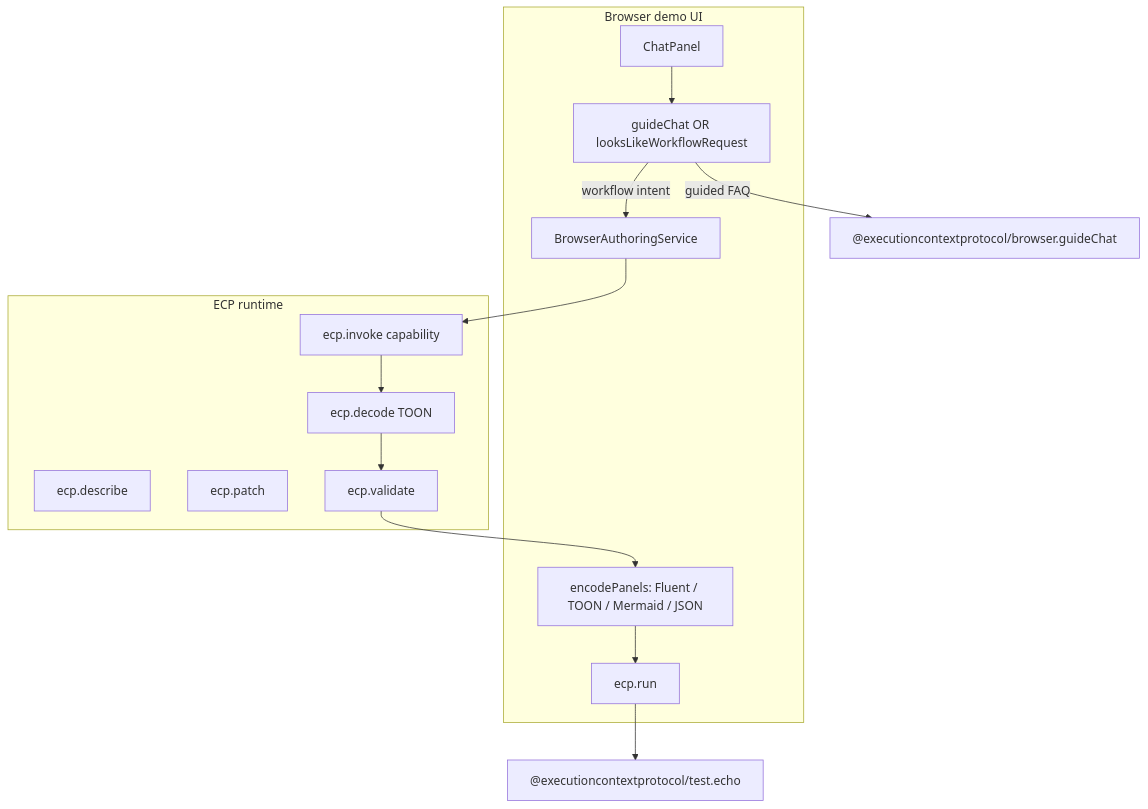
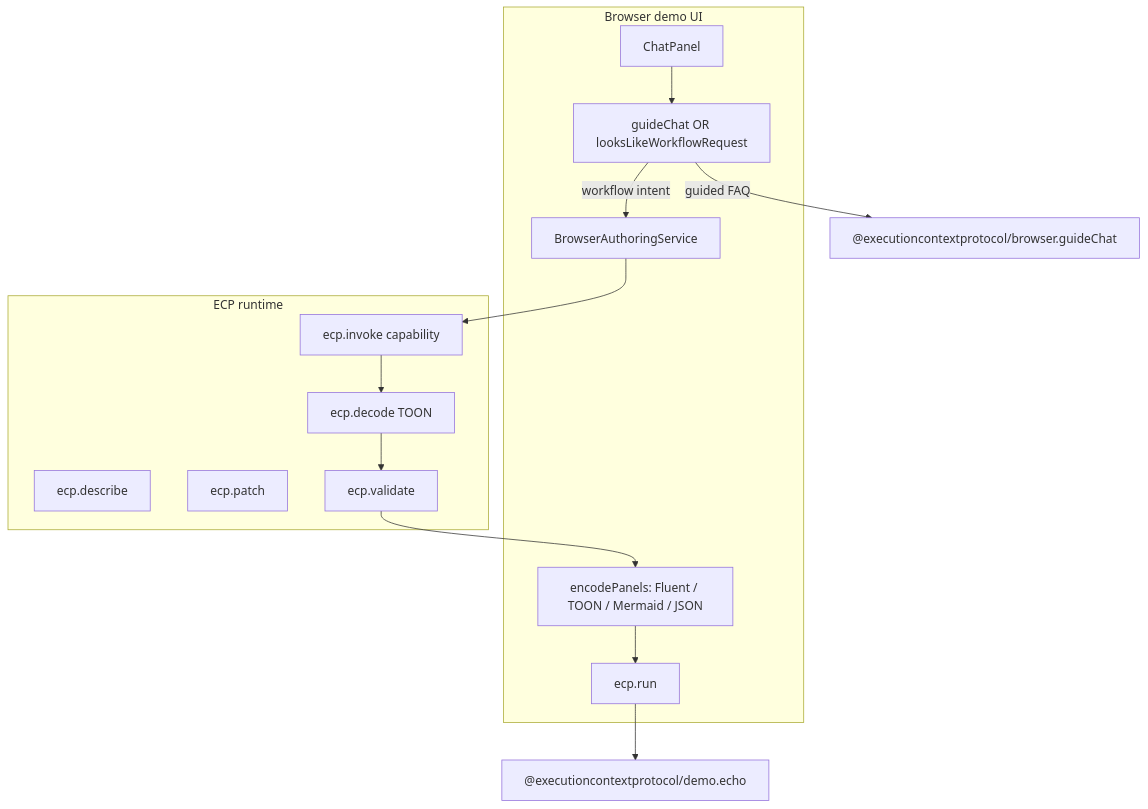
The diagram in docs/browser-demo-extensions-and-prompts.md (executioncontrolprotocol/browser-demo), drawn with Mermaid before and after one commit. The commit also changed other lines of this file and 4 other files, not shown here.

Commit message:
Update demo environment to use @executioncontextprotocol/demo instead of @executioncontextprotocol/test. Adjusted related documentation and tests to reflect the new extension binding and capabilities. This change ensures that demo-generated workflows reference the correct echo step.

````diff
--- a/docs/browser-demo-extensions-and-prompts.md
+++ b/docs/browser-demo-extensions-and-prompts.md
@@ -18,26 +18,26 @@
 ```mermaid
 flowchart TB
   subgraph ui [Browser demo UI]
     Chat[ChatPanel]
     Authoring[BrowserAuthoringService]
     Guide[guideChat OR looksLikeWorkflowRequest]
     Panels[encodePanels: Fluent / TOON / Mermaid / JSON]
     Run[ecp.run]
   end
 
   subgraph ecp [ECP runtime]
     Describe[ecp.describe]
     Invoke[ecp.invoke capability]
     Decode[ecp.decode TOON]
     Patch[ecp.patch]
     Validate[ecp.validate]
   end
 
   Chat --> Guide
   Guide -->|guided FAQ| GuideCap["@executioncontextprotocol/browser.guideChat"]
   Guide -->|workflow intent| Authoring
   Authoring --> Invoke
   Invoke --> Decode --> Validate --> Panels
   Panels --> Run
-  Run --> Echo["@executioncontextprotocol/test.echo"]
+  Run --> Echo["@executioncontextprotocol/demo.echo"]
 ```
````
